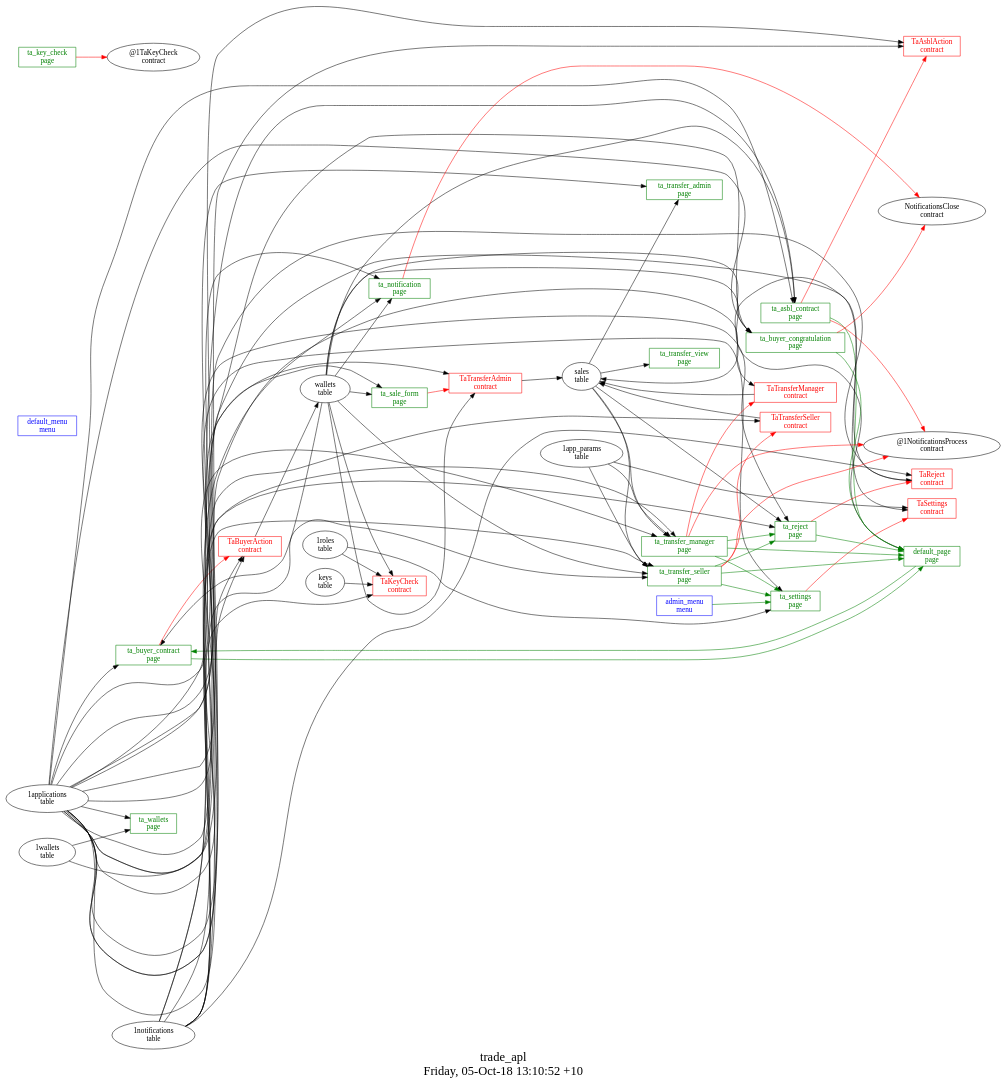
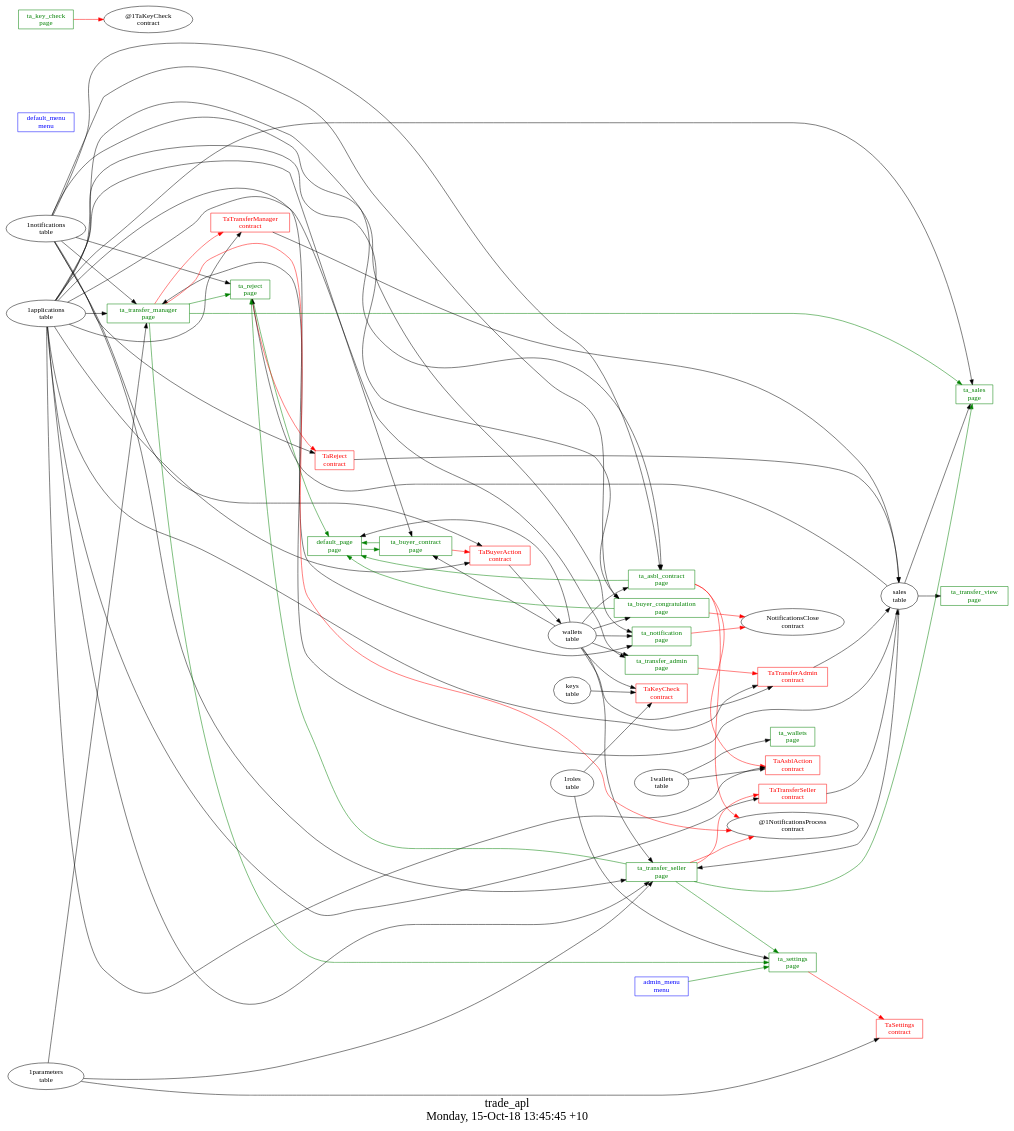
The diagram in other/trade_apl/struct.dot (AplaProject/apps), drawn with Graphviz before and after one commit. The commit also changed 2 other files, not shown here.

```diff
--- a/other/trade_apl/struct.dot
+++ b/other/trade_apl/struct.dot
@@ -1,113 +1,107 @@
 digraph G {
 fontsize="24";
-label="trade_apl\nFriday, 05-Oct-18 13:10:52 +10";
+label="trade_apl\nMonday, 15-Oct-18 13:45:45 +10";
 nojustify=true;
 ordering=out;
 rankdir=LR;
 size="30";
 "admin_menu\nmenu" -> "ta_settings\npage"  [ color=green ]
 "admin_menu\nmenu" [color=blue, fontcolor=blue, group=menus, shape=record];
 "default_menu\nmenu" [color=blue, fontcolor=blue, group=menus, shape=record];
 "wallets\ntable" -> "default_page\npage"
 "default_page\npage" -> "ta_buyer_contract\npage"  [ color=green ]
 "default_page\npage" [color=green, fontcolor=green, group=pages, shape=record];
 "ta_asbl_contract\npage" -> "TaAsblAction\ncontract"  [ color=red ]
 "ta_asbl_contract\npage" -> "@1NotificationsProcess\ncontract"  [ color=red ]
 "1applications\ntable" -> "ta_asbl_contract\npage"
 "1notifications\ntable" -> "ta_asbl_contract\npage"
 "wallets\ntable" -> "ta_asbl_contract\npage"
 "ta_asbl_contract\npage" -> "default_page\npage"  [ color=green ]
 "ta_asbl_contract\npage" [color=green, fontcolor=green, group=pages, shape=record];
 "ta_buyer_congratulation\npage" -> "NotificationsClose\ncontract"  [ color=red ]
 "1applications\ntable" -> "ta_buyer_congratulation\npage"
 "1notifications\ntable" -> "ta_buyer_congratulation\npage"
 "wallets\ntable" -> "ta_buyer_congratulation\npage"
 "ta_buyer_congratulation\npage" -> "default_page\npage"  [ color=green ]
 "ta_buyer_congratulation\npage" [color=green, fontcolor=green, group=pages, shape=record];
 "ta_buyer_contract\npage" -> "TaBuyerAction\ncontract"  [ color=red ]
 "1applications\ntable" -> "ta_buyer_contract\npage"
 "wallets\ntable" -> "ta_buyer_contract\npage"
 "ta_buyer_contract\npage" -> "default_page\npage"  [ color=green ]
 "ta_buyer_contract\npage" [color=green, fontcolor=green, group=pages, shape=record];
 "ta_key_check\npage" -> "@1TaKeyCheck\ncontract"  [ color=red ]
 "ta_key_check\npage" [color=green, fontcolor=green, group=pages, shape=record];
 "ta_notification\npage" -> "NotificationsClose\ncontract"  [ color=red ]
 "1applications\ntable" -> "ta_notification\npage"
 "1notifications\ntable" -> "ta_notification\npage"
 "wallets\ntable" -> "ta_notification\npage"
 "ta_notification\npage" [color=green, fontcolor=green, group=pages, shape=record];
 "ta_reject\npage" -> "TaReject\ncontract"  [ color=red ]
-"1applications\ntable" -> "ta_reject\npage"
 "1notifications\ntable" -> "ta_reject\npage"
 "sales\ntable" -> "ta_reject\npage"
 "ta_reject\npage" -> "default_page\npage"  [ color=green ]
 "ta_reject\npage" [color=green, fontcolor=green, group=pages, shape=record];
-"ta_sale_form\npage" -> "TaTransferAdmin\ncontract"  [ color=red ]
-"1applications\ntable" -> "ta_sale_form\npage"
-"wallets\ntable" -> "ta_sale_form\npage"
-"ta_sale_form\npage" [color=green, fontcolor=green, group=pages, shape=record];
+"1applications\ntable" -> "ta_sales\npage"
+"sales\ntable" -> "ta_sales\npage"
+"ta_sales\npage" [color=green, fontcolor=green, group=pages, shape=record];
 "ta_settings\npage" -> "TaSettings\ncontract"  [ color=red ]
-"1applications\ntable" -> "ta_settings\npage"
 "1roles\ntable" -> "ta_settings\npage"
 "ta_settings\npage" [color=green, fontcolor=green, group=pages, shape=record];
+"ta_transfer_admin\npage" -> "TaTransferAdmin\ncontract"  [ color=red ]
 "1applications\ntable" -> "ta_transfer_admin\npage"
-"sales\ntable" -> "ta_transfer_admin\npage"
+"wallets\ntable" -> "ta_transfer_admin\npage"
 "ta_transfer_admin\npage" [color=green, fontcolor=green, group=pages, shape=record];
 "ta_transfer_manager\npage" -> "TaTransferManager\ncontract"  [ color=red ]
 "ta_transfer_manager\npage" -> "@1NotificationsProcess\ncontract"  [ color=red ]
 "1applications\ntable" -> "ta_transfer_manager\npage"
 "1notifications\ntable" -> "ta_transfer_manager\npage"
 "sales\ntable" -> "ta_transfer_manager\npage"
-"1app_params\ntable" -> "ta_transfer_manager\npage"
+"1parameters\ntable" -> "ta_transfer_manager\npage"
 "ta_transfer_manager\npage" -> "ta_reject\npage"  [ color=green ]
-"ta_transfer_manager\npage" -> "default_page\npage"  [ color=green ]
+"ta_transfer_manager\npage" -> "ta_sales\npage"  [ color=green ]
 "ta_transfer_manager\npage" -> "ta_settings\npage"  [ color=green ]
 "ta_transfer_manager\npage" [color=green, fontcolor=green, group=pages, shape=record];
 "ta_transfer_seller\npage" -> "TaTransferSeller\ncontract"  [ color=red ]
 "ta_transfer_seller\npage" -> "@1NotificationsProcess\ncontract"  [ color=red ]
 "1applications\ntable" -> "ta_transfer_seller\npage"
 "1notifications\ntable" -> "ta_transfer_seller\npage"
 "sales\ntable" -> "ta_transfer_seller\npage"
 "wallets\ntable" -> "ta_transfer_seller\npage"
-"1app_params\ntable" -> "ta_transfer_seller\npage"
+"1parameters\ntable" -> "ta_transfer_seller\npage"
 "ta_transfer_seller\npage" -> "ta_reject\npage"  [ color=green ]
-"ta_transfer_seller\npage" -> "default_page\npage"  [ color=green ]
+"ta_transfer_seller\npage" -> "ta_sales\npage"  [ color=green ]
 "ta_transfer_seller\npage" -> "ta_settings\npage"  [ color=green ]
 "ta_transfer_seller\npage" [color=green, fontcolor=green, group=pages, shape=record];
 "sales\ntable" -> "ta_transfer_view\npage"
 "ta_transfer_view\npage" [color=green, fontcolor=green, group=pages, shape=record];
-"1applications\ntable" -> "ta_wallets\npage"
 "1wallets\ntable" -> "ta_wallets\npage"
 "ta_wallets\npage" [color=green, fontcolor=green, group=pages, shape=record];
 "1applications\ntable" -> "TaAsblAction\ncontract"
 "1wallets\ntable" -> "TaAsblAction\ncontract"
 "TaAsblAction\ncontract" [color=red, fontcolor=red, group=contracts, shape=record];
 "TaBuyerAction\ncontract" -> "wallets\ntable"  [ color="" ]
 "1applications\ntable" -> "TaBuyerAction\ncontract"
 "1notifications\ntable" -> "TaBuyerAction\ncontract"
 "TaBuyerAction\ncontract" [color=red, fontcolor=red, group=contracts, shape=record];
 "wallets\ntable" -> "TaKeyCheck\ncontract"
 "keys\ntable" -> "TaKeyCheck\ncontract"
-"1applications\ntable" -> "TaKeyCheck\ncontract"
 "1roles\ntable" -> "TaKeyCheck\ncontract"
 "TaKeyCheck\ncontract" [color=red, fontcolor=red, group=contracts, shape=record];
 "TaReject\ncontract" -> "sales\ntable"  [ color="" ]
-"1applications\ntable" -> "TaReject\ncontract"
 "1notifications\ntable" -> "TaReject\ncontract"
 "TaReject\ncontract" [color=red, fontcolor=red, group=contracts, shape=record];
-"1applications\ntable" -> "TaSettings\ncontract"
-"1app_params\ntable" -> "TaSettings\ncontract"
+"1parameters\ntable" -> "TaSettings\ncontract"
 "TaSettings\ncontract" [color=red, fontcolor=red, group=contracts, shape=record];
 "TaTransferAdmin\ncontract" -> "sales\ntable"  [ color="" ]
 "1applications\ntable" -> "TaTransferAdmin\ncontract"
 "wallets\ntable" -> "TaTransferAdmin\ncontract"
 "TaTransferAdmin\ncontract" [color=red, fontcolor=red, group=contracts, shape=record];
 "TaTransferManager\ncontract" -> "sales\ntable"  [ color="" ]
 "1applications\ntable" -> "TaTransferManager\ncontract"
 "TaTransferManager\ncontract" [color=red, fontcolor=red, group=contracts, shape=record];
 "TaTransferSeller\ncontract" -> "sales\ntable"  [ color="" ]
 "1applications\ntable" -> "TaTransferSeller\ncontract"
 "TaTransferSeller\ncontract" [color=red, fontcolor=red, group=contracts, shape=record];
 "sales\ntable" [color="", fontcolor="", group=tables, shape=""];
 "wallets\ntable" [color="", fontcolor="", group=tables, shape=""];
 }
```
